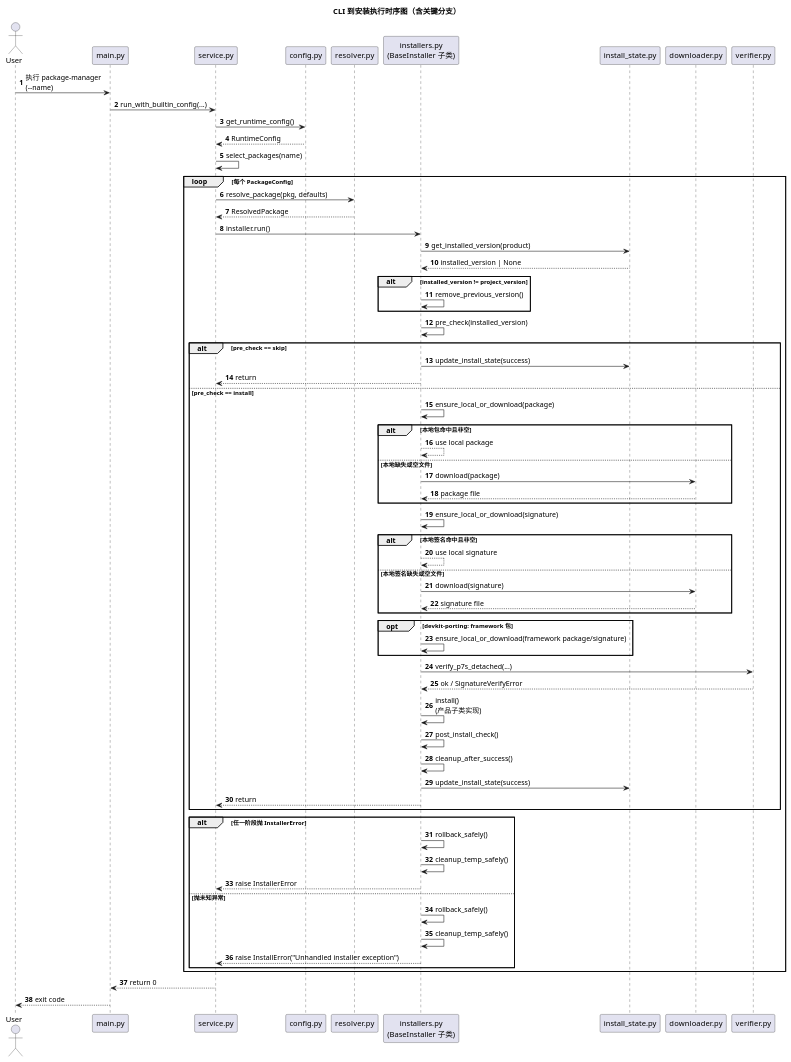
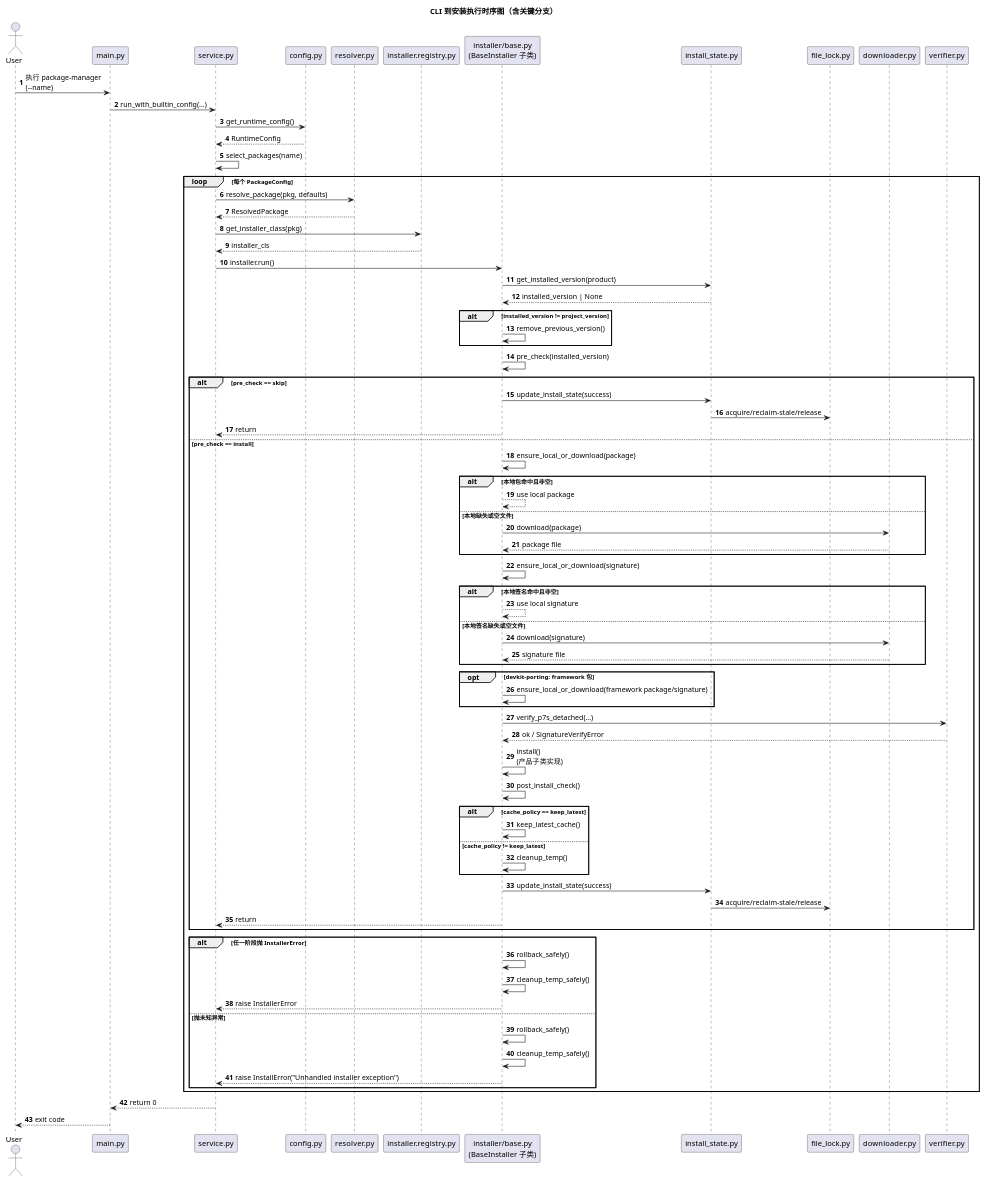
Before and after one commit to F350150/package: the diagram in docs/puml/cli_to_install_sequence.puml, drawn with PlantUML. The commit also changed 36 other files, not shown here.

Commit message:
feat: harden installer lock/retry flow and refresh e2e docs

```diff
--- a/docs/puml/cli_to_install_sequence.puml
+++ b/docs/puml/cli_to_install_sequence.puml
@@ -1,83 +1,93 @@
 @startuml
 
 title CLI 到安装执行时序图（含关键分支）
 
 autonumber
 actor User
 participant "main.py" as Main
 participant "service.py" as Service
 participant "config.py" as Config
 participant "resolver.py" as Resolver
-participant "installers.py\n(BaseInstaller 子类)" as Installer
+participant "installer.registry.py" as Registry
+participant "installer/base.py\n(BaseInstaller 子类)" as Installer
 participant "install_state.py" as State
+participant "file_lock.py" as Lock
 participant "downloader.py" as Downloader
 participant "verifier.py" as Verifier
 
 User -> Main: 执行 package-manager\n(--name)
 Main -> Service: run_with_builtin_config(...)
 Service -> Config: get_runtime_config()
 Config --> Service: RuntimeConfig
 
 Service -> Service: select_packages(name)
 loop 每个 PackageConfig
   Service -> Resolver: resolve_package(pkg, defaults)
   Resolver --> Service: ResolvedPackage
+  Service -> Registry: get_installer_class(pkg)
+  Registry --> Service: installer_cls
   Service -> Installer: installer.run()
 
     Installer -> State: get_installed_version(product)
     State --> Installer: installed_version | None
 
     alt installed_version != project_version
       Installer -> Installer: remove_previous_version()
     end
 
     Installer -> Installer: pre_check(installed_version)
     alt pre_check == skip
       Installer -> State: update_install_state(success)
+      State -> Lock: acquire/reclaim-stale/release
       Installer --> Service: return
     else pre_check == install
       Installer -> Installer: ensure_local_or_download(package)
       alt 本地包命中且非空
         Installer --> Installer: use local package
       else 本地缺失或空文件
         Installer -> Downloader: download(package)
         Downloader --> Installer: package file
       end
 
       Installer -> Installer: ensure_local_or_download(signature)
       alt 本地签名命中且非空
         Installer --> Installer: use local signature
       else 本地签名缺失或空文件
         Installer -> Downloader: download(signature)
         Downloader --> Installer: signature file
       end
 
       opt devkit-porting: framework 包
         Installer -> Installer: ensure_local_or_download(framework package/signature)
       end
 
       Installer -> Verifier: verify_p7s_detached(...)
       Verifier --> Installer: ok / SignatureVerifyError
 
       Installer -> Installer: install()\n(产品子类实现)
       Installer -> Installer: post_install_check()
-      Installer -> Installer: cleanup_after_success()
+      alt cache_policy == keep_latest
+        Installer -> Installer: keep_latest_cache()
+      else cache_policy != keep_latest
+        Installer -> Installer: cleanup_temp()
+      end
       Installer -> State: update_install_state(success)
+      State -> Lock: acquire/reclaim-stale/release
       Installer --> Service: return
     end
 
     alt 任一阶段抛 InstallerError
       Installer -> Installer: rollback_safely()
       Installer -> Installer: cleanup_temp_safely()
       Installer --> Service: raise InstallerError
     else 抛未知异常
       Installer -> Installer: rollback_safely()
       Installer -> Installer: cleanup_temp_safely()
       Installer --> Service: raise InstallError("Unhandled installer exception")
     end
 end
 Service --> Main: return 0
 
 Main --> User: exit code
 
 @enduml
```
